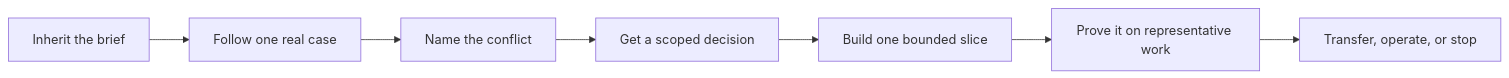
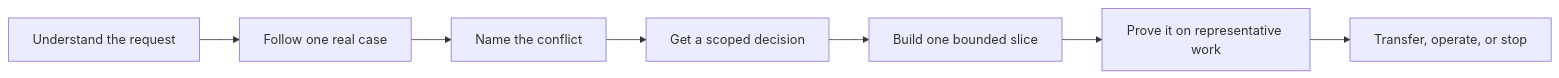
Before and after one commit to davidahmann/applied-ai-field-guide: the diagram in plugins/applied-ai-field-guide/guide/guide/field-guide-in-five-minutes.md, drawn with Mermaid. The commit also changed other lines of this file and 91 other files, not shown here.

````diff
--- a/plugins/applied-ai-field-guide/guide/guide/field-guide-in-five-minutes.md
+++ b/plugins/applied-ai-field-guide/guide/guide/field-guide-in-five-minutes.md
@@ -47,9 +47,9 @@
 ```mermaid
 flowchart LR
-    A["Inherit the brief"] --> B["Follow one real case"]
+    A["Understand the request"] --> B["Follow one real case"]
     B --> C["Name the conflict"]
     C --> D["Get a scoped decision"]
     D --> E["Build one bounded slice"]
     E --> F["Prove it on representative work"]
     F --> G["Transfer, operate, or stop"]
 ```
````
